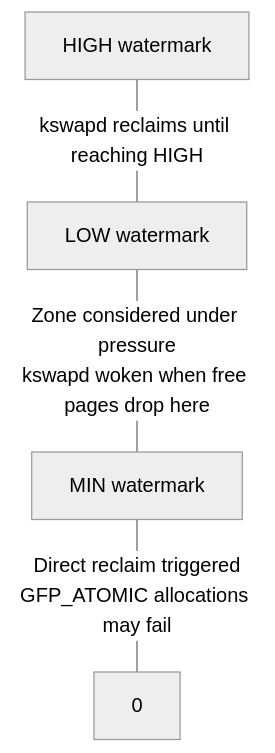
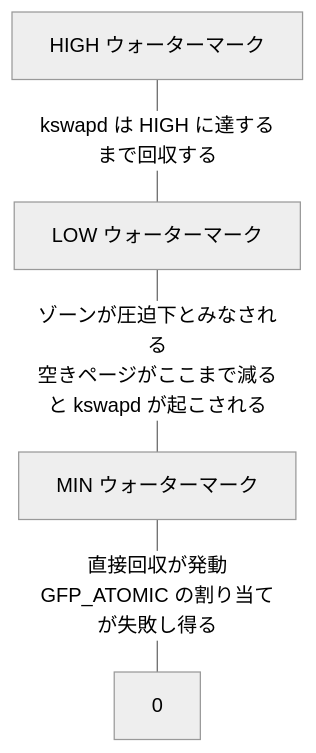
Before and after one commit to doguto/linux-kernel-internals-jp: the second of 8 diagrams in docs/mm/oom.md, drawn with Mermaid (neutral theme). The commit also changed other lines of this file and 1 other file, not shown here.

````diff
--- a/docs/mm/oom.md
+++ b/docs/mm/oom.md
@@ -74,11 +74,11 @@
 ```mermaid
 flowchart TB
-    HIGH["HIGH watermark"]
-    LOW["LOW watermark"]
-    MIN["MIN watermark"]
+    HIGH["HIGH ウォーターマーク"]
+    LOW["LOW ウォーターマーク"]
+    MIN["MIN ウォーターマーク"]
     ZERO["0"]
 
-    HIGH ---|"kswapd reclaims until reaching HIGH"| LOW
-    LOW ---|"Zone considered under pressure<br/>kswapd woken when free pages drop here"| MIN
-    MIN ---|"Direct reclaim triggered<br/>GFP_ATOMIC allocations may fail"| ZERO
+    HIGH ---|"kswapd は HIGH に達するまで回収する"| LOW
+    LOW ---|"ゾーンが圧迫下とみなされる<br/>空きページがここまで減ると kswapd が起こされる"| MIN
+    MIN ---|"直接回収が発動<br/>GFP_ATOMIC の割り当てが失敗し得る"| ZERO
 ```
````
